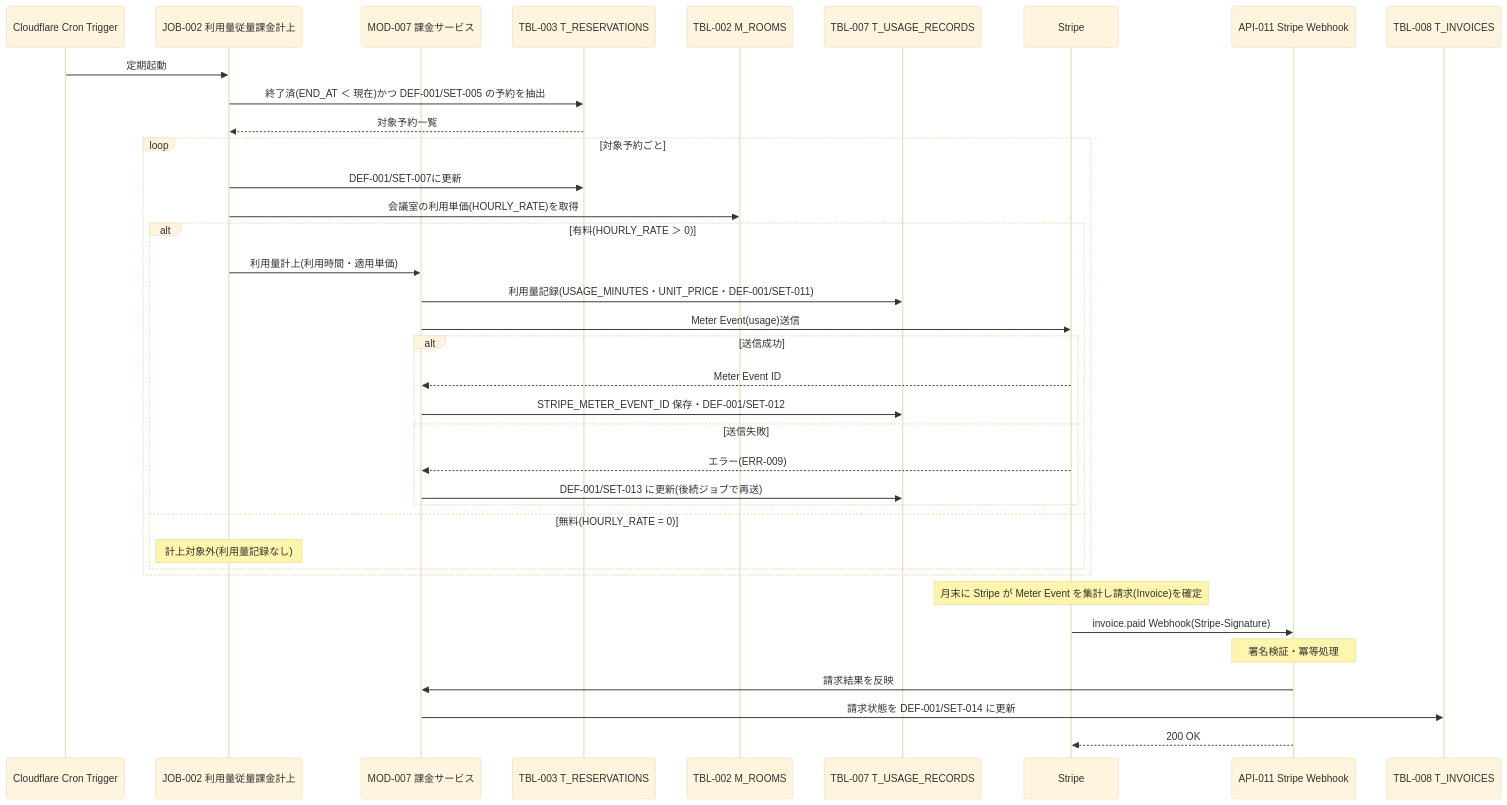
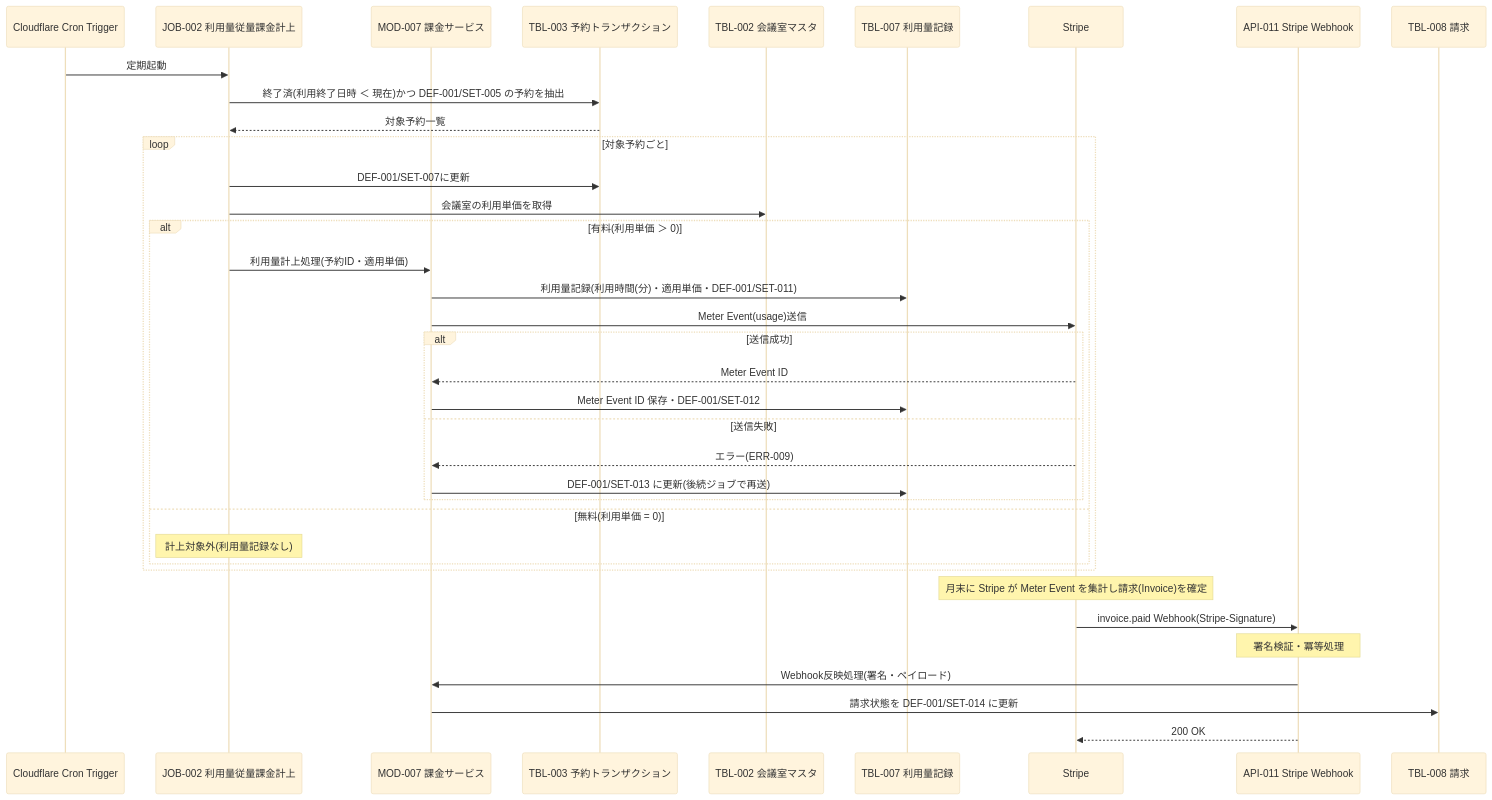
The diagram in docs/03_機能設計/08_シーケンス設計/SEQ-003_利用量の従量課金計上シーケンス.md (sikakou54/system-document-template), drawn with Mermaid (base theme) before and after one commit. The commit also changed other lines of this file and 38 other files, not shown here.

````diff
--- a/docs/03_機能設計/08_シーケンス設計/SEQ-003_利用量の従量課金計上シーケンス.md
+++ b/docs/03_機能設計/08_シーケンス設計/SEQ-003_利用量の従量課金計上シーケンス.md
@@ -27,41 +27,41 @@
 ```mermaid
 sequenceDiagram
     participant CRON as Cloudflare Cron Trigger
     participant JOB as JOB-002 利用量従量課金計上
     participant MOD as MOD-007 課金サービス
-    participant RES as TBL-003 T_RESERVATIONS
-    participant ROOM as TBL-002 M_ROOMS
-    participant REC as TBL-007 T_USAGE_RECORDS
+    participant RES as TBL-003 予約トランザクション
+    participant ROOM as TBL-002 会議室マスタ
+    participant REC as TBL-007 利用量記録
     participant STR as Stripe
     participant WH as API-011 Stripe Webhook
-    participant INV as TBL-008 T_INVOICES
+    participant INV as TBL-008 請求
 
     CRON->>JOB: 定期起動
-    JOB->>RES: 終了済(END_AT ＜ 現在)かつ DEF-001/SET-005 の予約を抽出
+    JOB->>RES: 終了済(利用終了日時 ＜ 現在)かつ DEF-001/SET-005 の予約を抽出
     RES-->>JOB: 対象予約一覧
     loop 対象予約ごと
         JOB->>RES: DEF-001/SET-007に更新
-        JOB->>ROOM: 会議室の利用単価(HOURLY_RATE)を取得
-        alt 有料(HOURLY_RATE ＞ 0)
-            JOB->>MOD: 利用量計上(利用時間・適用単価)
-            MOD->>REC: 利用量記録(USAGE_MINUTES・UNIT_PRICE・DEF-001/SET-011)
+        JOB->>ROOM: 会議室の利用単価を取得
+        alt 有料(利用単価 ＞ 0)
+            JOB->>MOD: 利用量計上処理(予約ID・適用単価)
+            MOD->>REC: 利用量記録(利用時間(分)・適用単価・DEF-001/SET-011)
             MOD->>STR: Meter Event(usage)送信
             alt 送信成功
                 STR-->>MOD: Meter Event ID
-                MOD->>REC: STRIPE_METER_EVENT_ID 保存・DEF-001/SET-012
+                MOD->>REC: Meter Event ID 保存・DEF-001/SET-012
             else 送信失敗
                 STR-->>MOD: エラー(ERR-009)
                 MOD->>REC: DEF-001/SET-013 に更新(後続ジョブで再送)
             end
-        else 無料(HOURLY_RATE = 0)
+        else 無料(利用単価 = 0)
             Note over JOB: 計上対象外(利用量記録なし)
         end
     end
 
     Note over STR: 月末に Stripe が Meter Event を集計し請求(Invoice)を確定
     STR->>WH: invoice.paid Webhook(Stripe-Signature)
     Note over WH: 署名検証・冪等処理
-    WH->>MOD: 請求結果を反映
+    WH->>MOD: Webhook反映処理(署名・ペイロード)
     MOD->>INV: 請求状態を DEF-001/SET-014 に更新
     WH-->>STR: 200 OK
 ```
````
